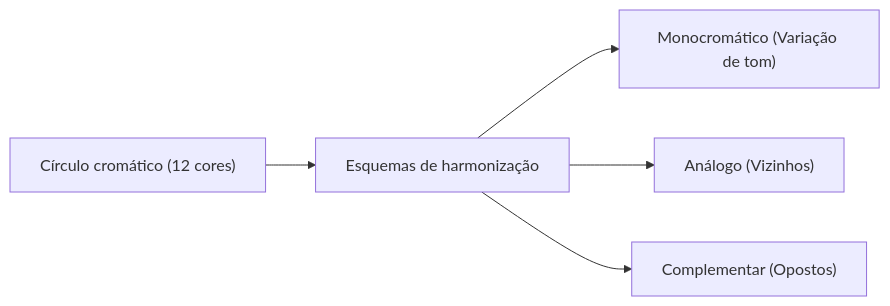
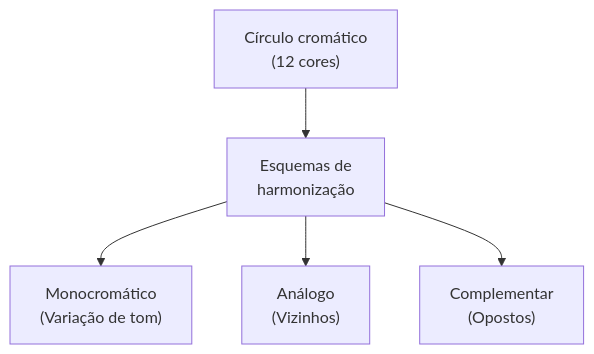
The second of 3 diagrams in 08. Design de Interacao/14. Estética em sistemas interativos - harmonização de cores, fontes e usabilidade.md (leorruas/puc), drawn with Mermaid before and after one commit. The commit also changed 8 other files, not shown here.

Commit message:
style(mermaid): refactor diagrams to vertical TD flow and add Mermaid guidelines to AGENTS.md

````diff
--- a/08. Design de Interacao/14. Estética em sistemas interativos - harmonização de cores, fontes e usabilidade.md
+++ b/08. Design de Interacao/14. Estética em sistemas interativos - harmonização de cores, fontes e usabilidade.md
@@ -64,7 +64,7 @@
 ```mermaid
-graph LR
-    Círculo["Círculo cromático (12 cores)"] --> Esquemas["Esquemas de harmonização"]
-    Esquemas --> Monocromático["Monocromático (Variação de tom)"]
-    Esquemas --> Análogo["Análogo (Vizinhos)"]
-    Esquemas --> Complementar["Complementar (Opostos)"]
+graph TD
+    Círculo["Círculo cromático<br>(12 cores)"] --> Esquemas["Esquemas de<br>harmonização"]
+    Esquemas --> Monocromático["Monocromático<br>(Variação de tom)"]
+    Esquemas --> Análogo["Análogo<br>(Vizinhos)"]
+    Esquemas --> Complementar["Complementar<br>(Opostos)"]
 ```
````
